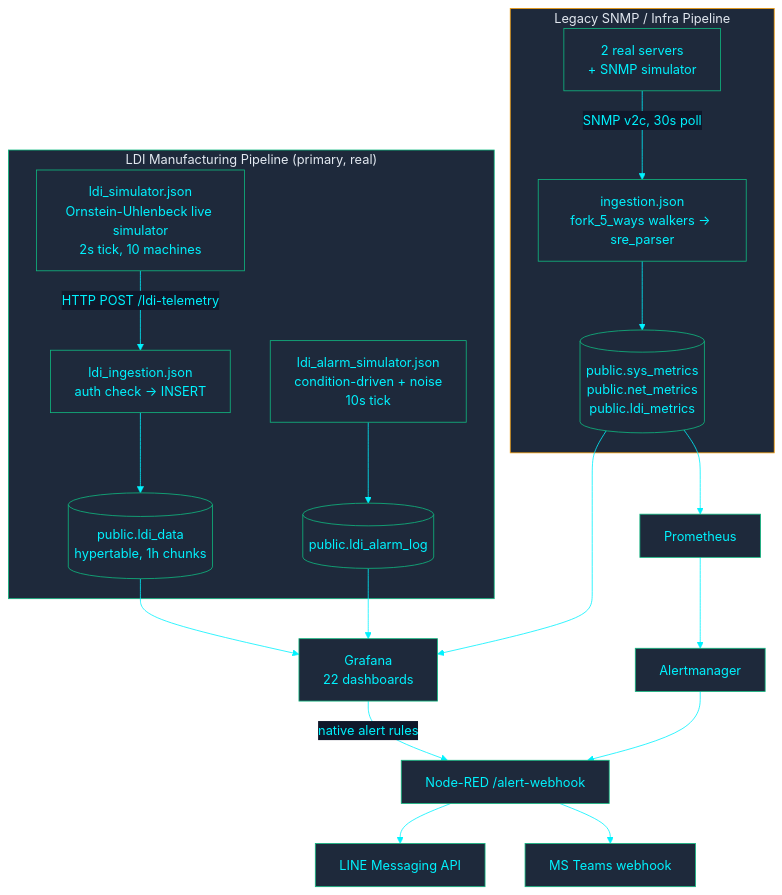
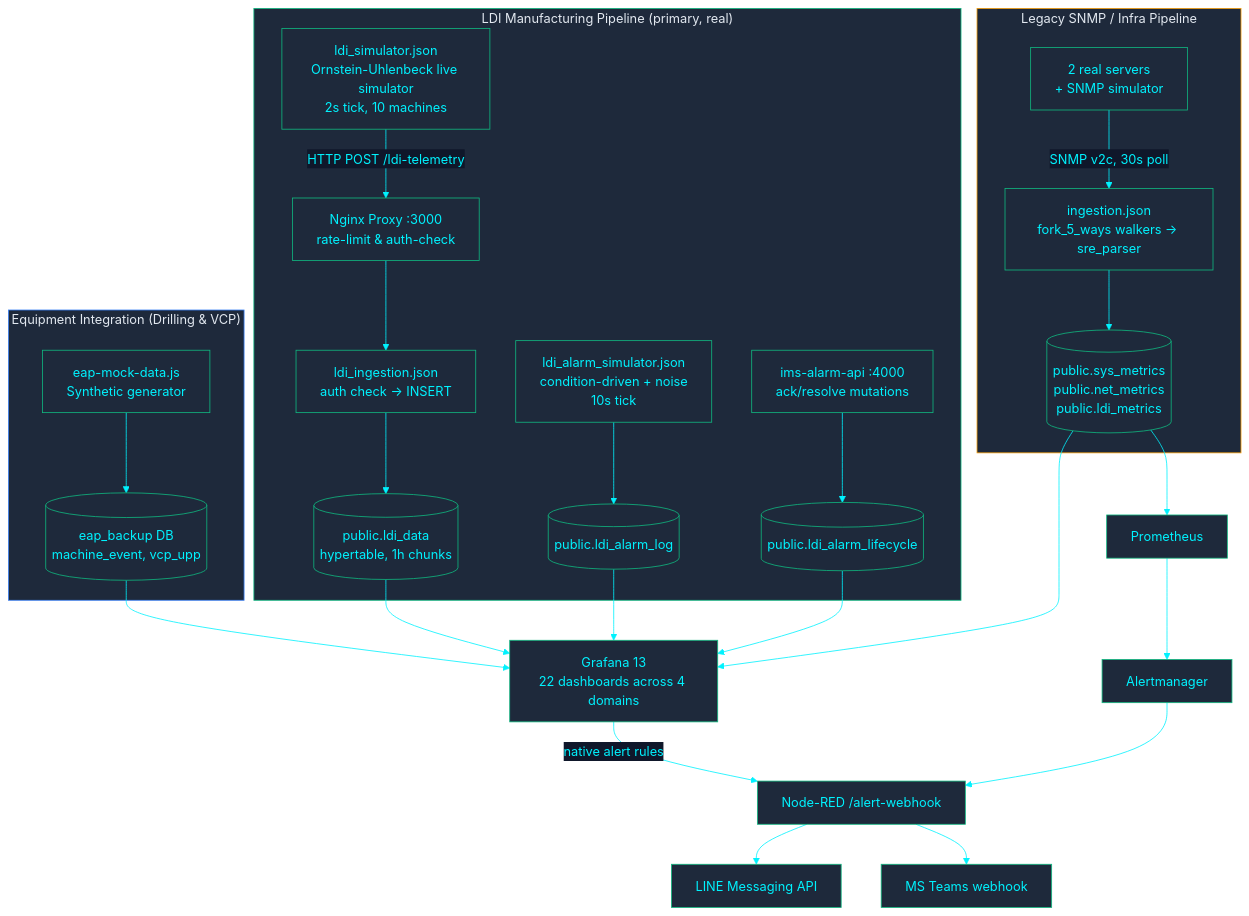
The diagram in docs/architecture/ARCHITECTURE.md (PATTANAKORN025/IMS), drawn with Mermaid before and after one commit. The commit also changed other lines of this file and 6 other files, not shown here.

Commit message:
docs(architecture): expand visual Mermaid C4 models, sequence flows, and 22-dashboard ecosystem across en/th/zh-CN

````diff
--- a/docs/architecture/ARCHITECTURE.md
+++ b/docs/architecture/ARCHITECTURE.md
@@ -28,26 +28,35 @@
 ```mermaid
 %%{init: {'theme': 'base', 'themeVariables': { 'primaryColor': '#1e293b', 'primaryTextColor': '#00F2FE', 'primaryBorderColor': '#10B981', 'lineColor': '#00F2FE', 'secondaryColor': '#0f172a', 'tertiaryColor': '#0f172a', 'clusterBkg': '#030407', 'clusterBorder': '#00F2FE'}}}%%
 flowchart TB
  subgraph LDI ["LDI Manufacturing Pipeline (primary, real)"]
-  SIM["ldi_simulator.json\nOrnstein-Uhlenbeck live simulator\n2s tick, 10 machines"] -->|"HTTP POST /ldi-telemetry"| ING["ldi_ingestion.json\nauth check -> INSERT"]
+  SIM["ldi_simulator.json\nOrnstein-Uhlenbeck live simulator\n2s tick, 10 machines"] -->|"HTTP POST /ldi-telemetry"| PROXY["Nginx Proxy :3000\nrate-limit & auth-check"]
+  PROXY --> ING["ldi_ingestion.json\nauth check -> INSERT"]
   ING --> LDIDATA[("public.ldi_data\nhypertable, 1h chunks")]
   ALMSIM["ldi_alarm_simulator.json\ncondition-driven + noise\n10s tick"] --> ALARMLOG[("public.ldi_alarm_log")]
+  ALARMAPI["ims-alarm-api :4000\nack/resolve mutations"] --> ALARMLC[("public.ldi_alarm_lifecycle")]
  end
 
  subgraph LEGACY ["Legacy SNMP / Infra Pipeline"]
   DEV["2 real servers\n+ SNMP simulator"] -->|"SNMP v2c, 30s poll"| NR["ingestion.json\nfork_5_ways walkers -> sre_parser"]
   NR --> SYSMETRICS[("public.sys_metrics\npublic.net_metrics\npublic.ldi_metrics")]
  end
 
- LDIDATA --> GRAFANA["Grafana\n22 dashboards"]
+ subgraph EAP ["Equipment Integration (Drilling & VCP)"]
+  MOCK["eap-mock-data.js\nSynthetic generator"] --> EAPDB[("eap_backup DB\nmachine_event, vcp_upp")]
+ end
+
+ LDIDATA --> GRAFANA["Grafana 13\n22 dashboards across 4 domains"]
  ALARMLOG --> GRAFANA
+ ALARMLC --> GRAFANA
  SYSMETRICS --> GRAFANA
+ EAPDB --> GRAFANA
  SYSMETRICS --> PROM["Prometheus"]
  GRAFANA -->|"native alert rules"| NRWEBHOOK["Node-RED /alert-webhook"]
  PROM --> AM["Alertmanager"] --> NRWEBHOOK
  NRWEBHOOK --> LINE["LINE Messaging API"]
  NRWEBHOOK --> TEAMS["MS Teams webhook"]
 
  style LDI fill:#1e293b,stroke:#10B981,color:#e2e8f0
  style LEGACY fill:#1e293b,stroke:#F59E0B,color:#e2e8f0
+ style EAP fill:#1e293b,stroke:#3B82F6,color:#e2e8f0
 ```
````
